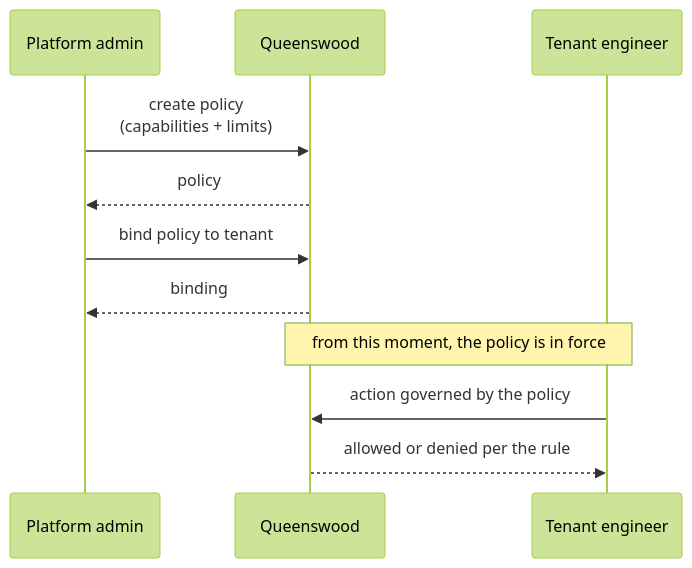
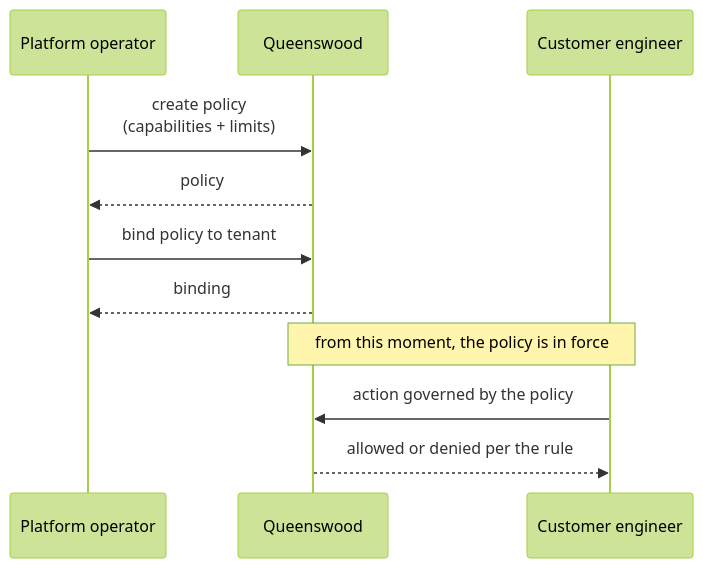
Before and after one commit to repldriven/queenswood: the first of 5 diagrams in docs/prd/policies.md, drawn with Mermaid (forest theme). The commit also changed other lines of this file and 15 other files, not shown here.

````diff
--- a/docs/prd/policies.md
+++ b/docs/prd/policies.md
@@ -265,14 +260,14 @@
 ```mermaid
 sequenceDiagram
-    participant O as Platform admin
+    participant O as Platform operator
     participant Q as Queenswood
-    participant T as Tenant engineer
+    participant T as Customer engineer
 
     O->>Q: create policy<br/>(capabilities + limits)
     Q-->>O: policy
     O->>Q: bind policy to tenant
     Q-->>O: binding
     Note over T,Q: from this moment, the policy is in force
     T->>Q: action governed by the policy
     Q-->>T: allowed or denied per the rule
 ```
````
